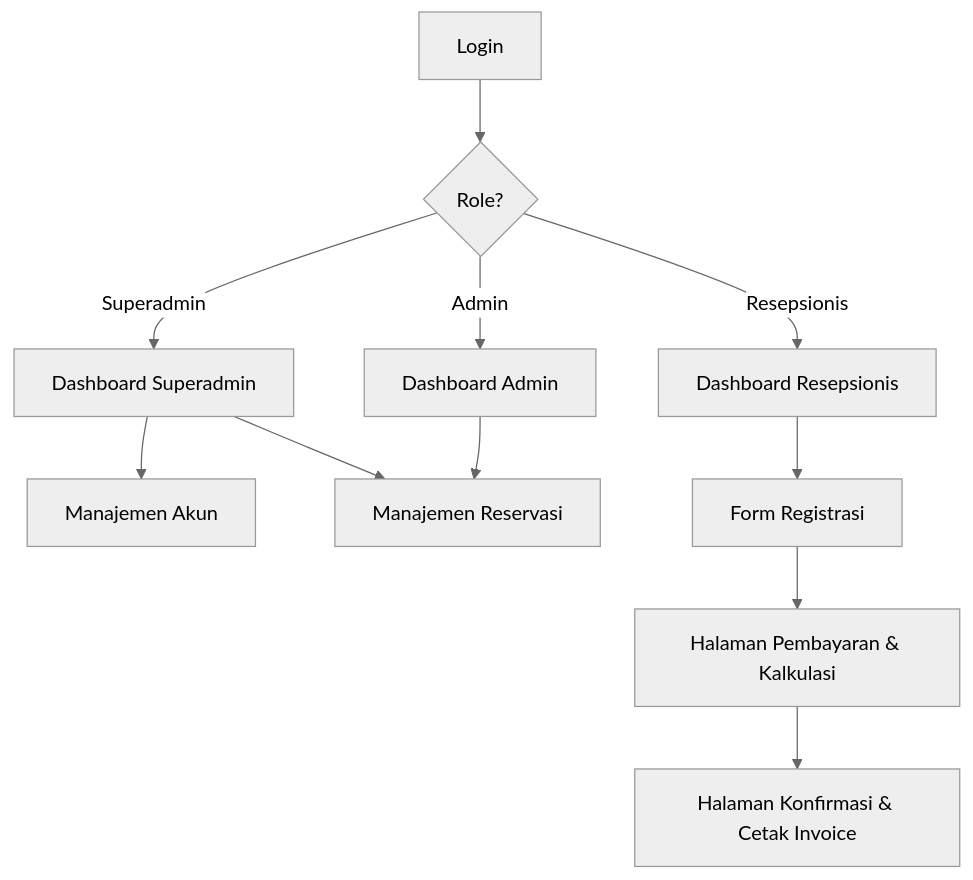
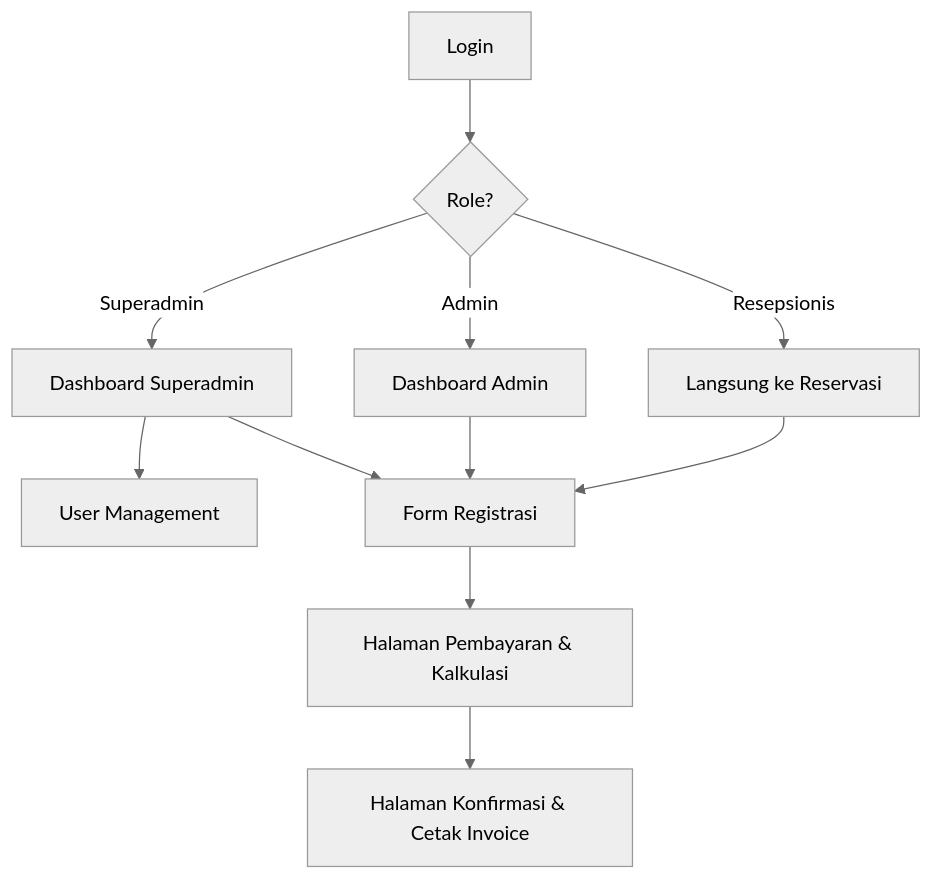
The diagram in README.md (RissN/hotel-app), drawn with Mermaid (neutral theme) before and after one commit. The commit also changed other lines of this file, not shown here.

````diff
--- a/README.md
+++ b/README.md
@@ -31,17 +62,17 @@
 ```mermaid
 graph TD;
     A[Login] --> B{Role?};
     
     B -- Superadmin --> C[Dashboard Superadmin];
-    C --> D[Manajemen Akun];
-    C --> E[Manajemen Reservasi];
+    C --> D[User Management];
+    C --> E[Reservasi Baru];
 
     B -- Admin --> F[Dashboard Admin];
-    F --> E[Manajemen Reservasi];
+    F --> E;
 
-    B -- Resepsionis --> G[Dashboard Resepsionis];
-    G --> H[Buat Reservasi Baru];
+    B -- Resepsionis --> G[Langsung ke Reservasi];
+    G --> E;
 
-    H[Form Registrasi] --> I[Halaman Pembayaran & Kalkulasi];
-    I --> J[Halaman Konfirmasi & Cetak Invoice];
+    E[Form Registrasi] --> H[Halaman Pembayaran & Kalkulasi];
+    H --> I[Halaman Konfirmasi & Cetak Invoice];
 ```
````
